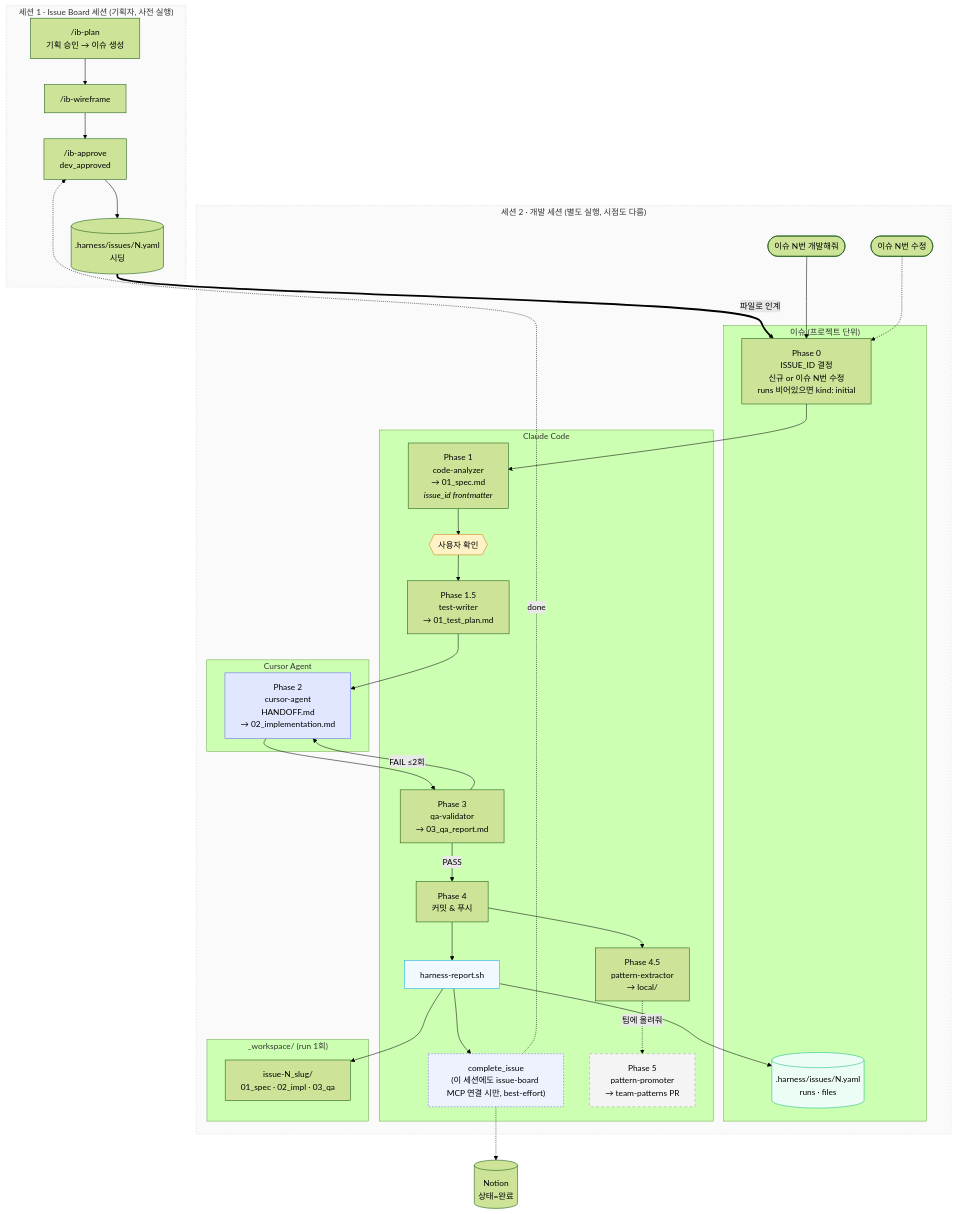
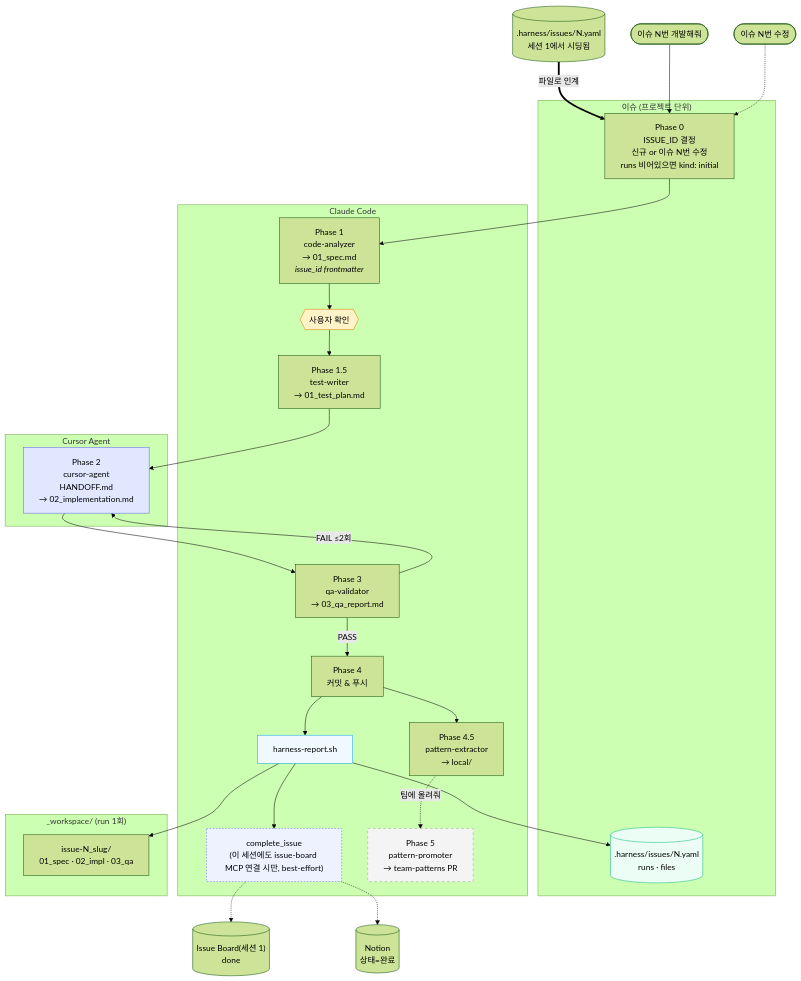
One commit to LEEHEEWON123/harness_build changed the second of 6 diagrams in docs/dev-pipeline.md. Above: the diagram before and after it, drawn with Mermaid (forest theme). The commit also changed other lines of this file and 5 other files, not shown here.

First line of the commit message:
feat: 루트 start:all 스크립트로 이슈보드/mcp/pattern-viewer 동시 기동

````diff
--- a/docs/dev-pipeline.md
+++ b/docs/dev-pipeline.md
@@ -9,70 +29,58 @@
 ```mermaid
 flowchart TB
-  subgraph S1["세션 1 · Issue Board 세션 (기획자, 사전 실행)"]
-    IBP["/ib-plan<br/>기획 승인 → 이슈 생성"]
-    IBW["/ib-wireframe"]
-    IBA["/ib-approve<br/>dev_approved"]
-    IBP --> IBW --> IBA
-    IBA --> SEED[(".harness/issues/N.yaml<br/>시딩")]
+  SEED[(".harness/issues/N.yaml<br/>세션 1에서 시딩됨")] ==파일로 인계==> P0
+  START(["이슈 N번 개발해줘"]) --> P0
+
+  subgraph ISSUE["이슈 (프로젝트 단위)"]
+    P0["Phase 0<br/>ISSUE_ID 결정<br/>신규 or 이슈 N번 수정<br/>runs 비어있으면 kind: initial"]
+    STORE[(".harness/issues/N.yaml<br/>runs · files")]
   end
 
-  SEED ==파일로 인계==> P0
-
-  subgraph S2["세션 2 · 개발 세션 (별도 실행, 시점도 다름)"]
-    START(["이슈 N번 개발해줘"]) --> P0
-
-    subgraph ISSUE["이슈 (프로젝트 단위)"]
-      P0["Phase 0<br/>ISSUE_ID 결정<br/>신규 or 이슈 N번 수정<br/>runs 비어있으면 kind: initial"]
-      STORE[(".harness/issues/N.yaml<br/>runs · files")]
-    end
-
-    subgraph CLAUDE["Claude Code"]
-      P1["Phase 1<br/>code-analyzer<br/>→ 01_spec.md<br/><i>issue_id frontmatter</i>"]
-      GATE{{"사용자 확인"}}
-      P15["Phase 1.5<br/>test-writer<br/>→ 01_test_plan.md"]
-      P3["Phase 3<br/>qa-validator<br/>→ 03_qa_report.md"]
-      P4["Phase 4<br/>커밋 & 푸시"]
-      REPORT["harness-report.sh"]
-      COMPLETE["complete_issue<br/>(이 세션에도 issue-board MCP 연결 시만, best-effort)"]
-      P45["Phase 4.5<br/>pattern-extractor<br/>→ local/"]
-      P5["Phase 5<br/>pattern-promoter<br/>→ team-patterns PR"]
-    end
-
-    subgraph CURSOR["Cursor Agent"]
-      P2["Phase 2<br/>cursor-agent<br/>HANDOFF.md<br/>→ 02_implementation.md"]
-    end
-
-    subgraph WS["_workspace/ (run 1회)"]
-      RUN["issue-N_slug/<br/>01_spec · 02_impl · 03_qa"]
-    end
-
-    P0 --> P1
-    P1 --> GATE
-    GATE --> P15
-    P15 --> P2
-    P2 --> P3
-    P3 -->|PASS| P4
-    P3 -->|FAIL ≤2회| P2
-    P4 --> REPORT
-    REPORT --> STORE
-    REPORT --> RUN
-    REPORT --> COMPLETE
-    P4 --> P45
-    P45 -.->|팀에 올려줘| P5
-
-    AMEND([이슈 N번 수정]) -.-> P0
+  subgraph CLAUDE["Claude Code"]
+    P1["Phase 1<br/>code-analyzer<br/>→ 01_spec.md<br/><i>issue_id frontmatter</i>"]
+    GATE{{"사용자 확인"}}
+    P15["Phase 1.5<br/>test-writer<br/>→ 01_test_plan.md"]
+    P3["Phase 3<br/>qa-validator<br/>→ 03_qa_report.md"]
+    P4["Phase 4<br/>커밋 & 푸시"]
+    REPORT["harness-report.sh"]
+    COMPLETE["complete_issue<br/>(이 세션에도 issue-board MCP 연결 시만, best-effort)"]
+    P45["Phase 4.5<br/>pattern-extractor<br/>→ local/"]
+    P5["Phase 5<br/>pattern-promoter<br/>→ team-patterns PR"]
   end
 
+  subgraph CURSOR["Cursor Agent"]
+    P2["Phase 2<br/>cursor-agent<br/>HANDOFF.md<br/>→ 02_implementation.md"]
+  end
+
+  subgraph WS["_workspace/ (run 1회)"]
+    RUN["issue-N_slug/<br/>01_spec · 02_impl · 03_qa"]
+  end
+
+  P0 --> P1
+  P1 --> GATE
+  GATE --> P15
+  P15 --> P2
+  P2 --> P3
+  P3 -->|PASS| P4
+  P3 -->|FAIL ≤2회| P2
+  P4 --> REPORT
+  REPORT --> STORE
+  REPORT --> RUN
+  REPORT --> COMPLETE
+  P4 --> P45
+  P45 -.->|팀에 올려줘| P5
+
+  AMEND([이슈 N번 수정]) -.-> P0
+
   NOTION[("Notion<br/>상태=완료")]
-  COMPLETE -.done.-> IBA
+  IB[("Issue Board(세션 1)<br/>done")]
+  COMPLETE -.-> IB
   COMPLETE -.-> NOTION
 
   style P2 fill:#e0e7ff,stroke:#6366f1
   style GATE fill:#fef3c7,stroke:#d97706
   style P5 fill:#f4f4f5,stroke:#a1a1aa,stroke-dasharray:5 5
   style STORE fill:#ecfdf5,stroke:#10b981
   style REPORT fill:#f0f9ff,stroke:#0ea5e9
   style COMPLETE fill:#eef2ff,stroke:#6366f1,stroke-dasharray:3 3
-  style S1 fill:#fafafa,stroke:#d4d4d8,stroke-dasharray:3 3
-  style S2 fill:#fafafa,stroke:#d4d4d8,stroke-dasharray:3 3
 ```
````
